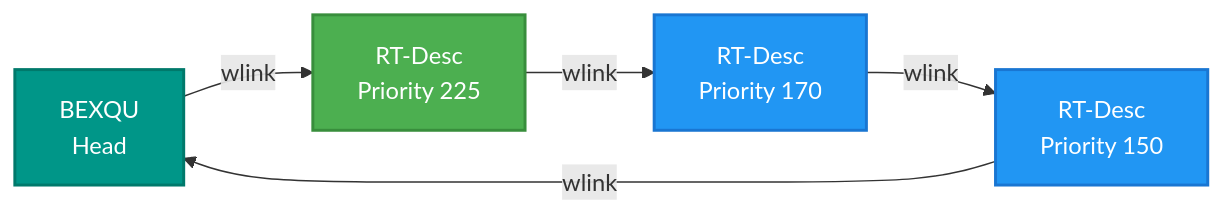
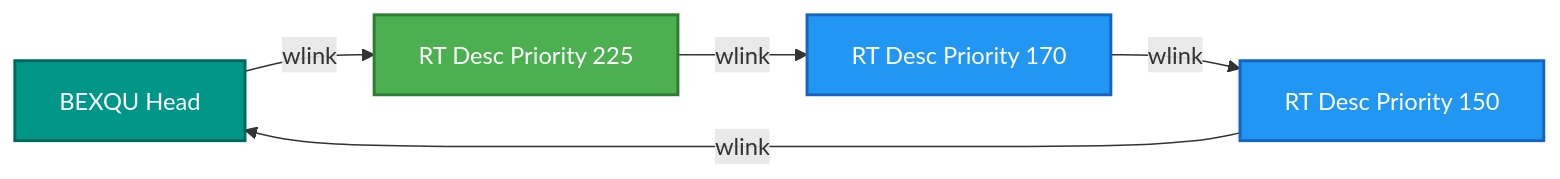
Before and after one commit to HackerCorpLabs/NDInsight: the sixth of 8 diagrams in SINTRAN/OS/00-SINTRAN-ARCHITECTURE-OVERVIEW.md, drawn with Mermaid. The commit also changed other lines of this file and 19 other files, not shown here.

Commit message:
Updated Mermaid diagrams

````diff
--- a/SINTRAN/OS/00-SINTRAN-ARCHITECTURE-OVERVIEW.md
+++ b/SINTRAN/OS/00-SINTRAN-ARCHITECTURE-OVERVIEW.md
@@ -546,12 +546,12 @@
 ```mermaid
 graph LR
-    A[BEXQU<br/>Head] -->|wlink| B[RT-Desc<br/>Priority 225]
-    B -->|wlink| C[RT-Desc<br/>Priority 170]
-    C -->|wlink| D[RT-Desc<br/>Priority 150]
+    A[BEXQU Head] -->|wlink| B[RT Desc Priority 225]
+    B -->|wlink| C[RT Desc Priority 170]
+    C -->|wlink| D[RT Desc Priority 150]
     D -->|wlink| A
     
-    style A fill:#009688,stroke:#00796B,stroke-width:2px,color:#fff
-    style B fill:#4CAF50,stroke:#388E3C,stroke-width:2px,color:#fff
-    style C fill:#2196F3,stroke:#1976D2,stroke-width:2px,color:#fff
-    style D fill:#2196F3,stroke:#1976D2,stroke-width:2px,color:#fff
+    style A fill:#009688,stroke:#00695C,stroke-width:2px,color:#fff
+    style B fill:#4CAF50,stroke:#2E7D32,stroke-width:2px,color:#fff
+    style C fill:#2196F3,stroke:#1565C0,stroke-width:2px,color:#fff
+    style D fill:#2196F3,stroke:#1565C0,stroke-width:2px,color:#fff
 ```
````
